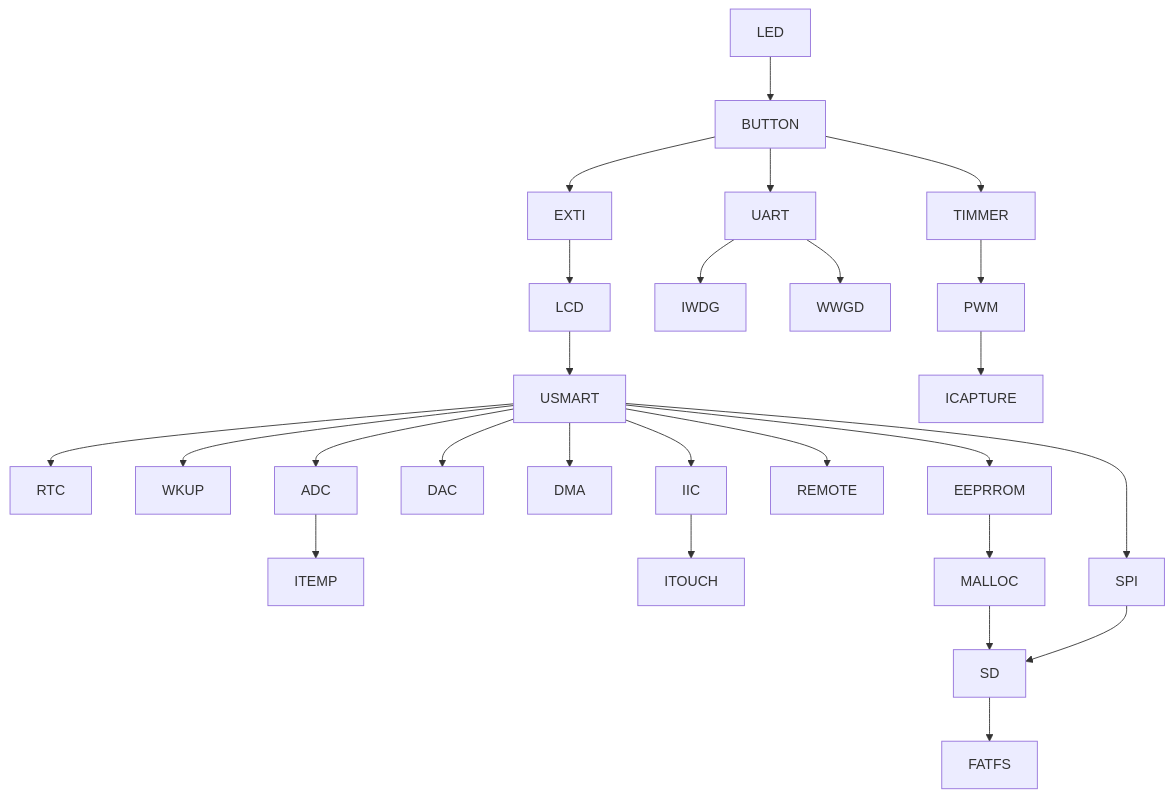
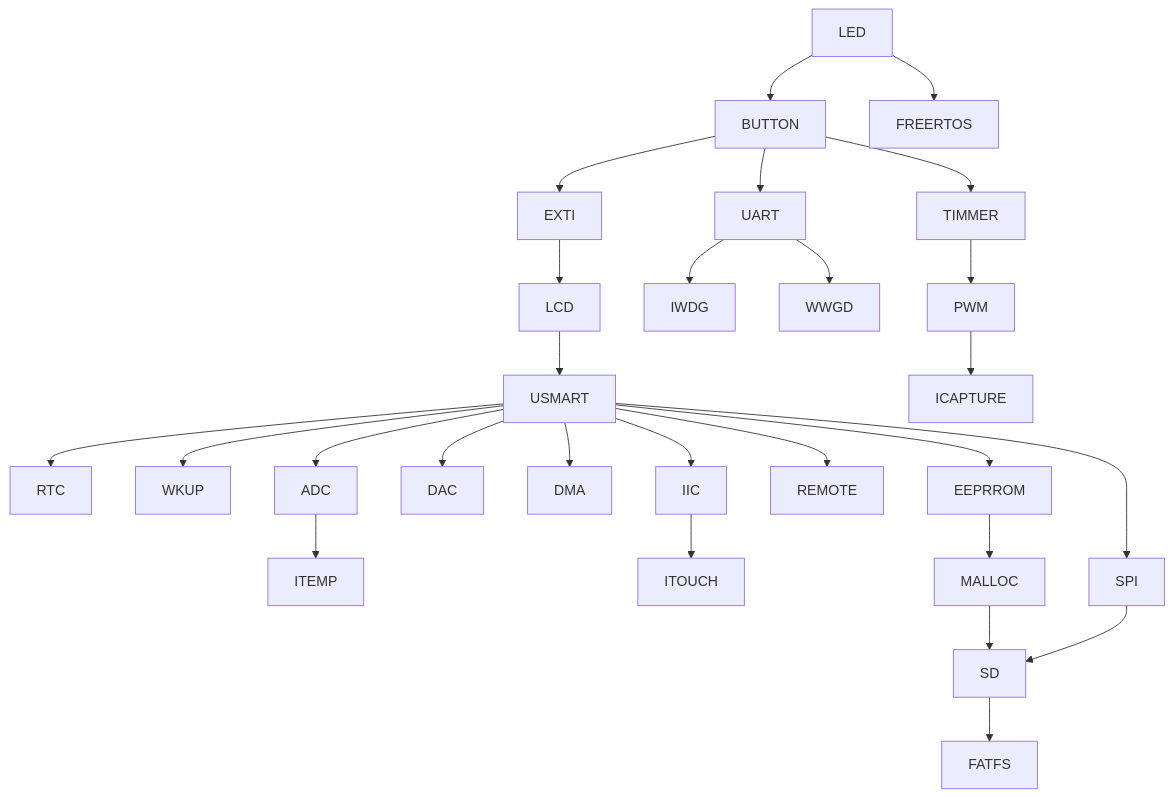
Before and after one commit to Wingplane/MiniSTM_STM32CubeMX: the diagram in README.md, drawn with Mermaid.

````diff
--- a/README.md
+++ b/README.md
@@ -9,42 +9,44 @@
 ```mermaid
 graph TD;
 M01[LED]-->M02[BUTTON]-->M03[UART];
 M02-->M04[EXTI]-->M11[LCD]-->M12[USMART]-->M13[RTC];
 M03-->M05[IWDG];
 M03-->M06[WWGD];
 M02-->M07[TIMMER]-->M08[PWM]-->M09[ICAPTURE];
 M12-->M14[WKUP];
 M12-->M15[ADC]-->M16[ITEMP];
 M12-->M17[DAC];
 M12-->M18[DMA];
 M12-->M19[IIC]-->M21[ITOUCH];
 M12-->M20[SPI];
 M12-->M22[REMOTE];
 M12-->M26[EEPRROM]-->M27[MALLOC]-->M28[SD];
 M20-->M28-->M29[FATFS];
+M01-->M35[FREERTOS];
 click M01 "https://github.com/Wingplane/MiniSTM_STM32CubeMX/tree/main/M01LED" "LED"
 click M02 "https://github.com/Wingplane/MiniSTM_STM32CubeMX/tree/main/M02BUTTON"
 click M03 "https://github.com/Wingplane/MiniSTM_STM32CubeMX/tree/main/M03UART"
 click M04 "https://github.com/Wingplane/MiniSTM_STM32CubeMX/tree/main/M04EXTI"
 click M05 "https://github.com/Wingplane/MiniSTM_STM32CubeMX/tree/main/M05IWDG"
 click M06 "https://github.com/Wingplane/MiniSTM_STM32CubeMX/tree/main/M06WWDG"
 click M07 "https://github.com/Wingplane/MiniSTM_STM32CubeMX/tree/main/M07TIMER"
 click M08 "https://github.com/Wingplane/MiniSTM_STM32CubeMX/tree/main/M08PWM"
 click M09 "https://github.com/Wingplane/MiniSTM_STM32CubeMX/tree/main/M09ICAPTURE"
 click M11 "https://github.com/Wingplane/MiniSTM_STM32CubeMX/tree/main/M11LCD"
 click M12 "https://github.com/Wingplane/MiniSTM_STM32CubeMX/tree/main/M12USMART"
 click M13 "https://github.com/Wingplane/MiniSTM_STM32CubeMX/tree/main/M13RTC"
 click M14 "https://github.com/Wingplane/MiniSTM_STM32CubeMX/tree/main/M14WKUP"
 click M15 "https://github.com/Wingplane/MiniSTM_STM32CubeMX/tree/main/M15ADC"
 click M16 "https://github.com/Wingplane/MiniSTM_STM32CubeMX/tree/main/M16ITEMP"
 click M17 "https://github.com/Wingplane/MiniSTM_STM32CubeMX/tree/main/M17DAC"
 click M18 "https://github.com/Wingplane/MiniSTM_STM32CubeMX/tree/main/M18DMA"
 click M19 "https://github.com/Wingplane/MiniSTM_STM32CubeMX/tree/main/M19IIC"
 click M20 "https://github.com/Wingplane/MiniSTM_STM32CubeMX/tree/main/M20SPI"
 click M21 "https://github.com/Wingplane/MiniSTM_STM32CubeMX/tree/main/M21TOUCH"
 click M22 "https://github.com/Wingplane/MiniSTM_STM32CubeMX/tree/main/M22REMOTE"
 click M26 "https://github.com/Wingplane/MiniSTM_STM32CubeMX/tree/main/M26EEPRROM"
 click M27 "https://github.com/Wingplane/MiniSTM_STM32CubeMX/tree/main/M27MALLOC"
 click M28 "https://github.com/Wingplane/MiniSTM_STM32CubeMX/tree/main/M28SD"
 click M29 "https://github.com/Wingplane/MiniSTM_STM32CubeMX/tree/main/M29FATFS"
+click M35 "https://github.com/Wingplane/MiniSTM_STM32CubeMX/tree/main/M35FREERTOS"
 ```
````
